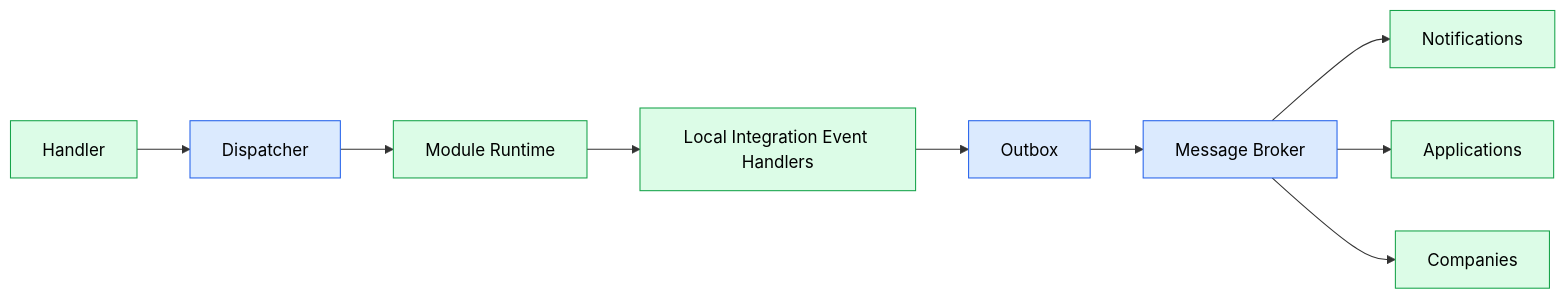
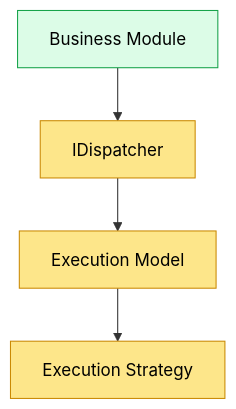
One commit to soufiane-rizk/Jobwize changed the third of 3 diagrams in docs/architecture/06-module-communication.md. Above: the diagram before and after it, drawn with Mermaid. The commit also changed other lines of this file and 10 other files, not shown here.

Commit message:
docs(architecture): document the new runtime architecture

````diff
--- a/docs/architecture/06-module-communication.md
+++ b/docs/architecture/06-module-communication.md
@@ -264,25 +252,23 @@
 ```mermaid
-flowchart LR
+flowchart TD
 
-    Handler --> Dispatcher
+    Module["Business Module"]
 
-    Dispatcher --> Runtime["Module Runtime"]
+    Dispatcher["IDispatcher"]
 
-    Runtime --> LocalHandlers["Local Integration Event Handlers"]
+    Execution["Execution Model"]
 
-    LocalHandlers --> Outbox
+    Strategy["Execution Strategy"]
 
-    Outbox --> MessageBroker["Message Broker"]
+    Module --> Dispatcher
 
-    MessageBroker --> Notifications
+    Dispatcher --> Execution
 
-    MessageBroker --> Applications
+    Execution --> Strategy
 
-    MessageBroker --> Companies
+    classDef module fill:#dcfce7,stroke:#16a34a,color:#000;
+    classDef runtime fill:#fde68a,stroke:#ca8a04,color:#000;
 
-    classDef application fill:#dcfce7,stroke:#16a34a,color:#000;
-    classDef infrastructure fill:#dbeafe,stroke:#2563eb,color:#000;
-
-    class Handler,Runtime,LocalHandlers,Notifications,Applications,Companies application;
-    class Dispatcher,Outbox,MessageBroker infrastructure;
+    class Module module;
+    class Dispatcher,Execution,Strategy runtime;
 ```
````
